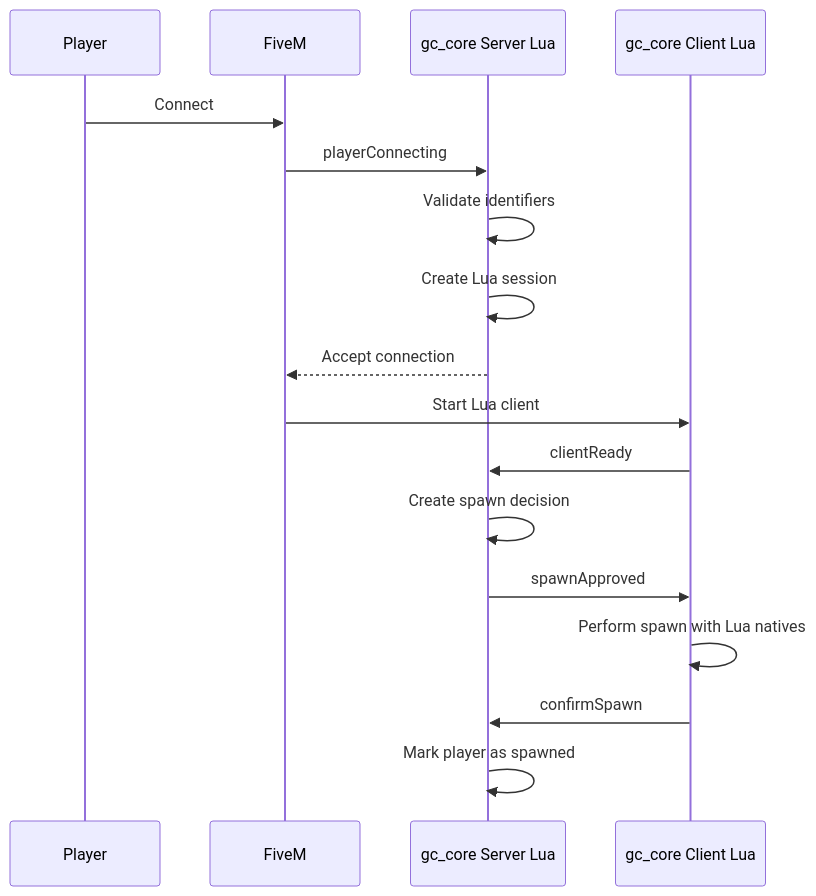
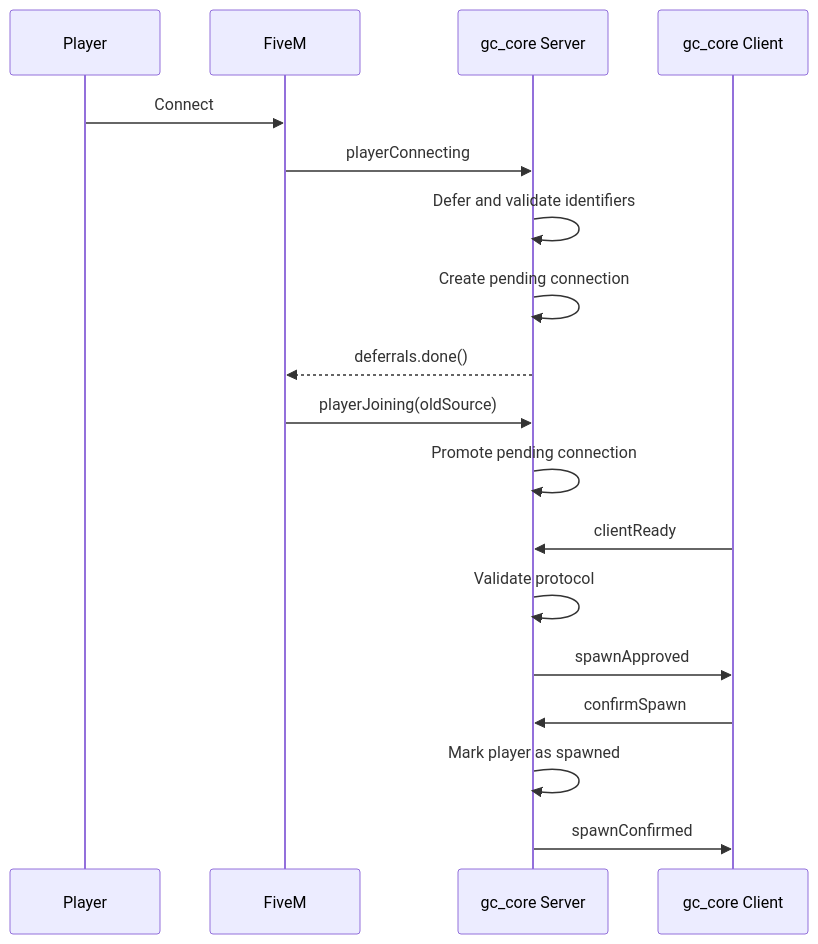
One commit to chel38/GCore changed the diagram in docs/en/04-connection-flow.md. Above: the diagram before and after it, drawn with Mermaid. The commit also changed other lines of this file and 64 other files, not shown here.

````diff
--- a/docs/en/04-connection-flow.md
+++ b/docs/en/04-connection-flow.md
@@ -16,20 +46,21 @@
 ```mermaid
 sequenceDiagram
     participant P as Player
     participant F as FiveM
-    participant S as gc_core Server Lua
-    participant C as gc_core Client Lua
+    participant S as gc_core Server
+    participant C as gc_core Client
 
     P->>F: Connect
     F->>S: playerConnecting
-    S->>S: Validate identifiers
-    S->>S: Create Lua session
-    S-->>F: Accept connection
-    F->>C: Start Lua client
+    S->>S: Defer and validate identifiers
+    S->>S: Create pending connection
+    S-->>F: deferrals.done()
+    F->>S: playerJoining(oldSource)
+    S->>S: Promote pending connection
     C->>S: clientReady
-    S->>S: Create spawn decision
+    S->>S: Validate protocol
     S->>C: spawnApproved
-    C->>C: Perform spawn with Lua natives
     C->>S: confirmSpawn
     S->>S: Mark player as spawned
+    S->>C: spawnConfirmed
 ```
````
